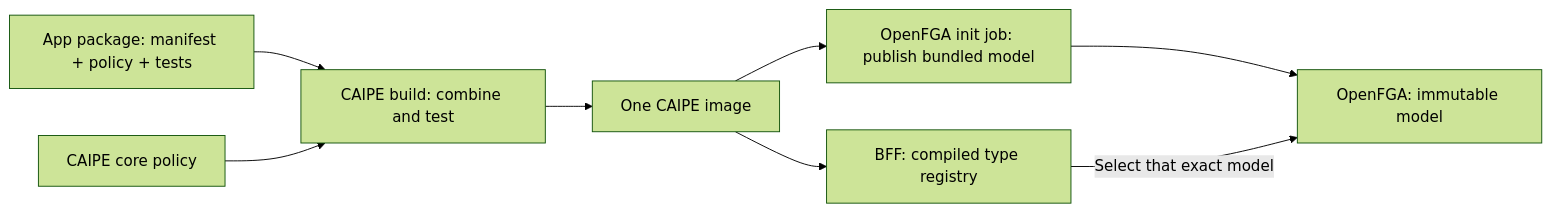
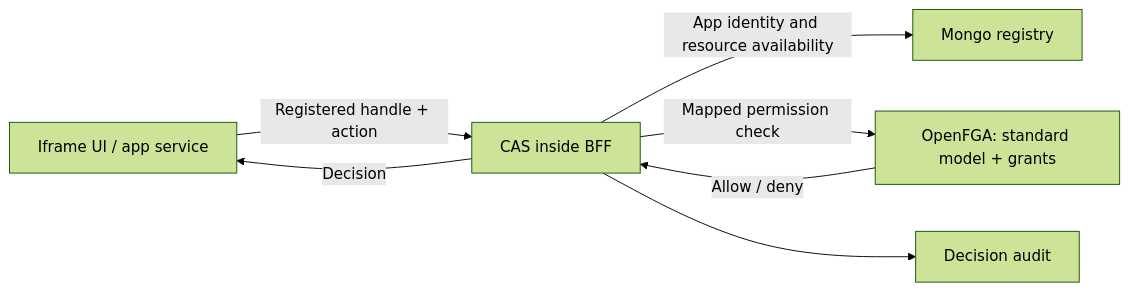
The first of 2 diagrams in docs/docs/security/rbac/service-defined-resources.md (caipe-io/ai-platform-engineering), drawn with Mermaid (forest theme) before and after one commit. The commit also changed other lines of this file and 86 other files, not shown here.

First line of the commit message:
feat(authz): register external app actions with a standard model

````diff
--- a/docs/docs/security/rbac/service-defined-resources.md
+++ b/docs/docs/security/rbac/service-defined-resources.md
@@ -26,10 +27,9 @@
 ```mermaid
 flowchart LR
-    P["App package: manifest + policy + tests"] --> B["CAIPE build: combine and test"]
-    C["CAIPE core policy"] --> B
-    B --> I["One CAIPE image"]
-    I --> H["BFF: compiled type registry"]
-    I --> J["OpenFGA init job: publish bundled model"]
-    J --> F["OpenFGA: immutable model"]
-    H -->|"Select that exact model"| F
+    A["Iframe UI / app service"] -->|"Registered handle + action"| C["CAS inside BFF"]
+    C -->|"App identity and resource availability"| M["Mongo registry"]
+    C -->|"Mapped permission check"| F["OpenFGA: standard model + grants"]
+    F -->|"Allow / deny"| C
+    C --> L["Decision audit"]
+    C -->|"Decision"| A
 ```
````
